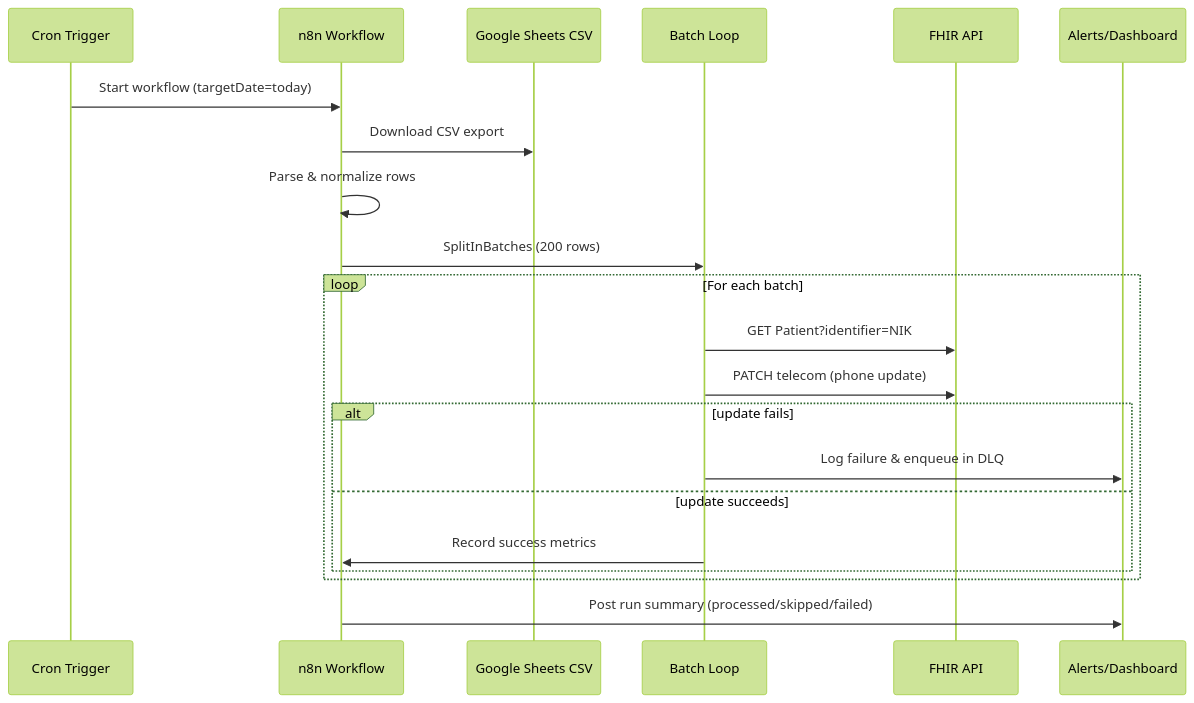
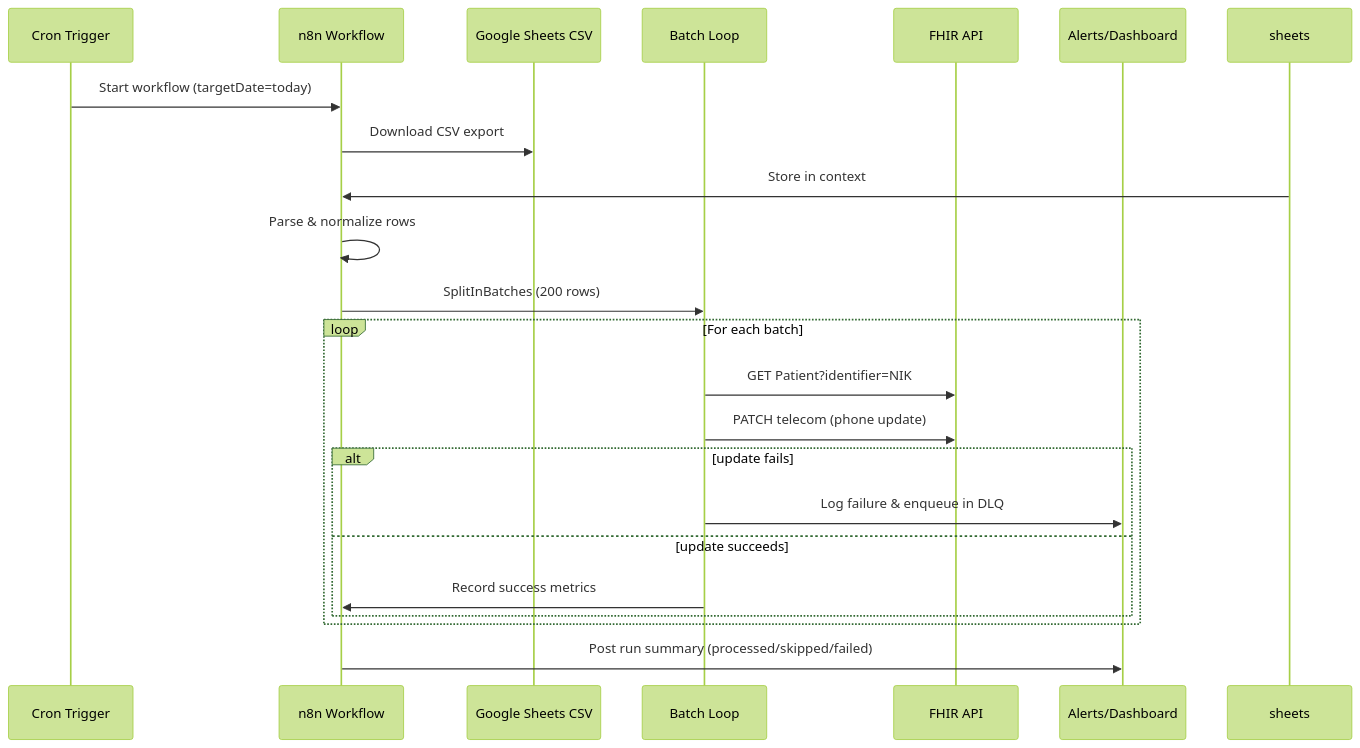
Before and after one commit to donnimsipa/whatsapp-update-interview-task: the diagram in Part B – System Design Proposal/diagrams/sequence.mmd, drawn with Mermaid.

Commit message:
docs: theme mermaid diagrams and refine part b plan

```diff
--- a/Part B – System Design Proposal/diagrams/sequence.mmd
+++ b/Part B – System Design Proposal/diagrams/sequence.mmd
@@ -1,23 +1,24 @@
 %%{init: {'theme': 'forest', 'logLevel': 'fatal', 'themeVariables': { 'primaryColor': '#1f2937', 'primaryBorderColor': '#10b981', 'primaryTextColor': '#ecfeff', 'lineColor': '#10b981', 'background': '#0b1120', 'tertiaryColor': '#111827', 'sequenceTextColor': '#ecfeff', 'sequenceTextSize': '14px', 'noteBkgColor': '#065f46', 'noteTextColor': '#ecfeff'}}}%%
 sequenceDiagram
     participant Cron as Cron Trigger
     participant n8n as n8n Workflow
     participant Sheets as Google Sheets CSV
     participant Queue as Batch Loop
     participant FHIR as FHIR API
     participant Alert as Alerts/Dashboard
 
     Cron->>n8n: Start workflow (targetDate=today)
     n8n->>Sheets: Download CSV export
+    sheets->>n8n: Store in context
     n8n->>n8n: Parse & normalize rows
     n8n->>Queue: SplitInBatches (200 rows)
     loop For each batch
         Queue->>FHIR: GET Patient?identifier=NIK
         Queue->>FHIR: PATCH telecom (phone update)
         alt update fails
             Queue->>Alert: Log failure & enqueue in DLQ
         else update succeeds
             Queue->>n8n: Record success metrics
         end
     end
     n8n->>Alert: Post run summary (processed/skipped/failed)
```
